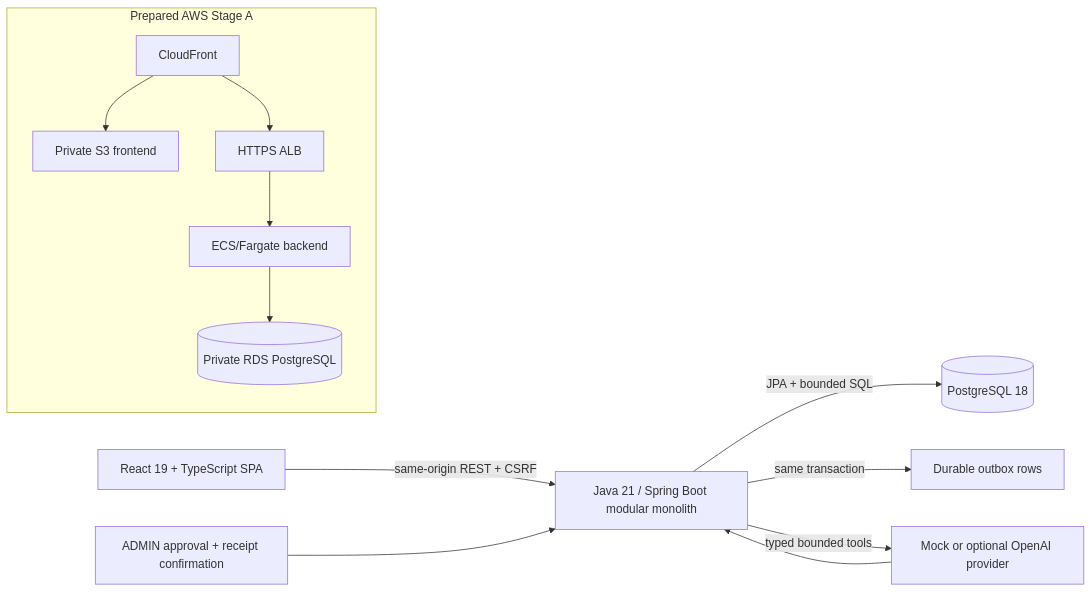
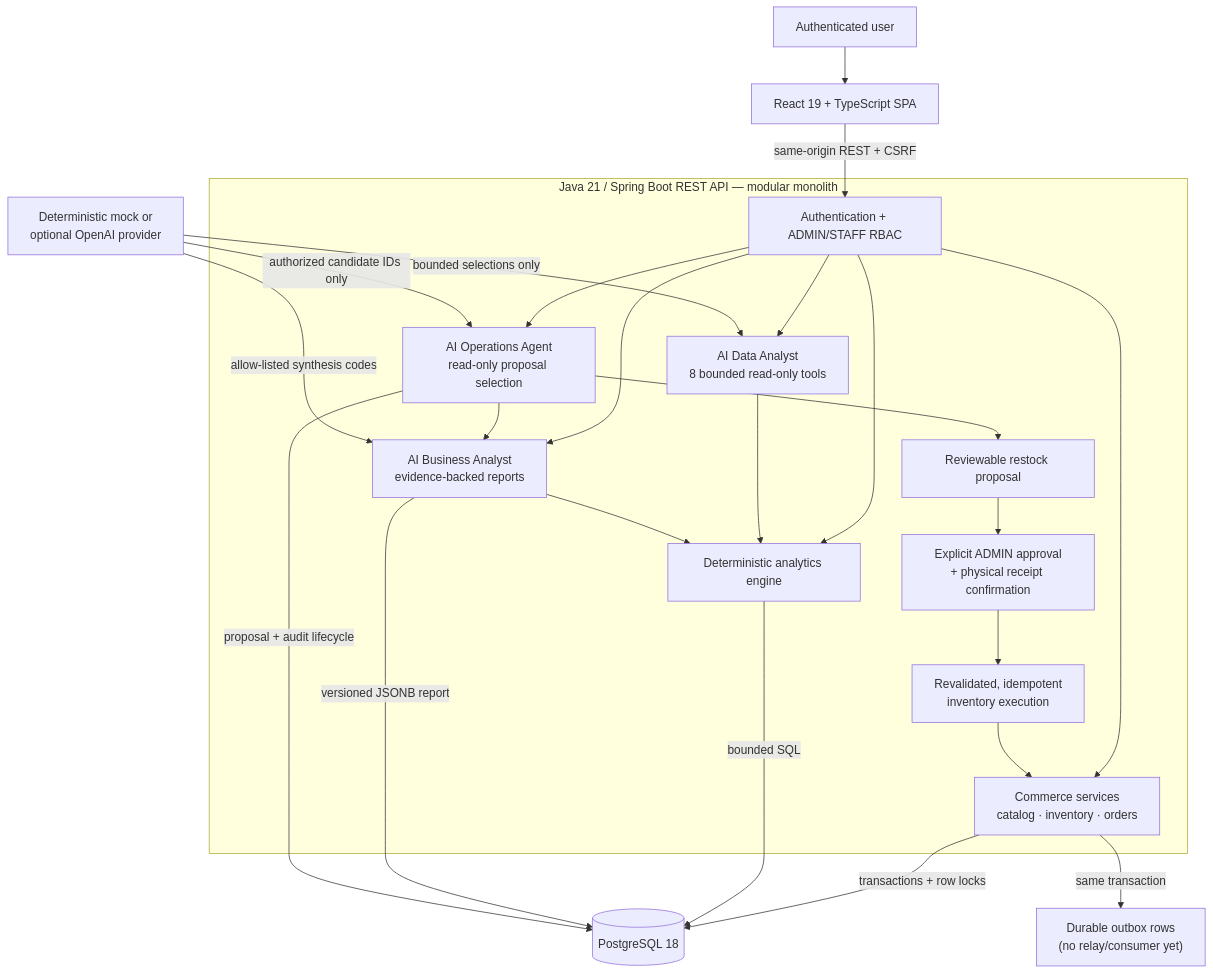
The diagram in README.md (dzshirley/stockflow-ai), drawn with Mermaid before and after one commit. The commit also changed other lines of this file, not shown here.

Commit message:
docs: finalize GitHub portfolio presentation

````diff
--- a/README.md
+++ b/README.md
@@ -56,16 +59,29 @@
 ```mermaid
-flowchart LR
-    Browser["React 19 + TypeScript SPA"] -->|same-origin REST + CSRF| API["Java 21 / Spring Boot modular monolith"]
-    API -->|JPA + bounded SQL| DB[("PostgreSQL 18")]
-    API -->|same transaction| Outbox["Durable outbox rows"]
-    API -->|typed bounded tools| Provider["Mock or optional OpenAI provider"]
-    Provider --> API
-    Human["ADMIN approval + receipt confirmation"] --> API
+flowchart TB
+    User["Authenticated user"] --> SPA["React 19 + TypeScript SPA"]
+    SPA -->|same-origin REST + CSRF| Auth["Authentication + ADMIN/STAFF RBAC"]
 
-    subgraph Prepared AWS Stage A
-      CF["CloudFront"] --> S3["Private S3 frontend"]
-      CF --> ALB["HTTPS ALB"]
-      ALB --> ECS["ECS/Fargate backend"]
-      ECS --> RDS[("Private RDS PostgreSQL")]
+    subgraph API["Java 21 / Spring Boot REST API — modular monolith"]
+      Auth --> Commerce["Commerce services<br/>catalog · inventory · orders"]
+      Auth --> Analytics["Deterministic analytics engine"]
+      Auth --> DataAI["AI Data Analyst<br/>8 bounded read-only tools"]
+      Auth --> BusinessAI["AI Business Analyst<br/>evidence-backed reports"]
+      Auth --> OpsAI["AI Operations Agent<br/>read-only proposal selection"]
+      DataAI --> Analytics
+      BusinessAI --> Analytics
+      OpsAI --> BusinessAI
+      OpsAI --> Proposal["Reviewable restock proposal"]
+      Proposal --> Approval["Explicit ADMIN approval<br/>+ physical receipt confirmation"]
+      Approval --> Execution["Revalidated, idempotent<br/>inventory execution"]
+      Execution --> Commerce
     end
+
+    Commerce -->|transactions + row locks| DB[("PostgreSQL 18")]
+    Analytics -->|bounded SQL| DB
+    BusinessAI -->|versioned JSONB report| DB
+    OpsAI -->|proposal + audit lifecycle| DB
+    Commerce -->|same transaction| Outbox["Durable outbox rows<br/>(no relay/consumer yet)"]
+    Provider["Deterministic mock or<br/>optional OpenAI provider"] -->|bounded selections only| DataAI
+    Provider -->|allow-listed synthesis codes| BusinessAI
+    Provider -->|authorized candidate IDs only| OpsAI
 ```
````
